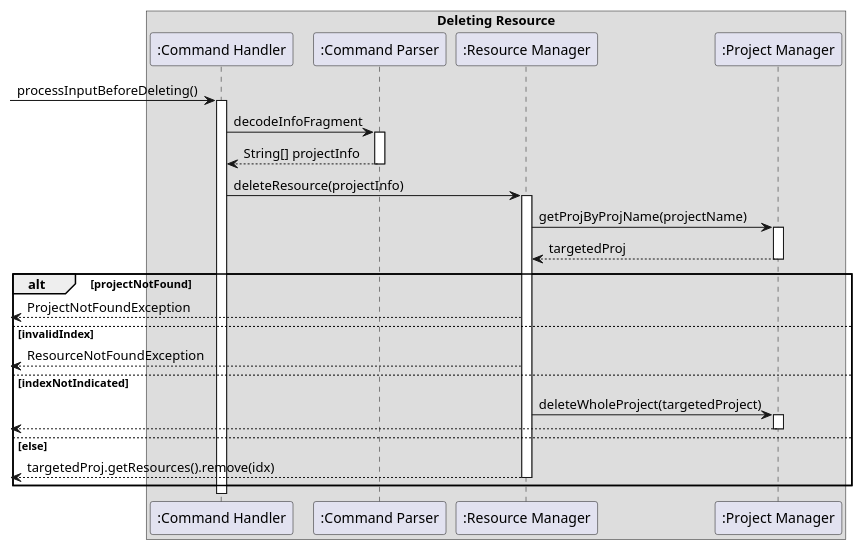
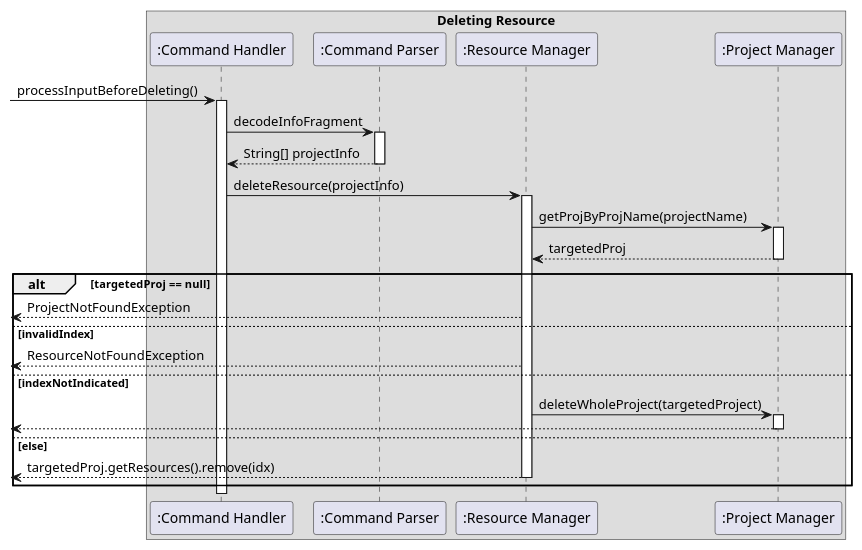
Before and after one commit to s-t-e-f/tp: the diagram in docs/PlantUML/deleteResource.puml, drawn with PlantUML. The commit also changed 4 other files, not shown here.

Commit message:
Added sequence diagram for edit.

```diff
--- a/docs/PlantUML/deleteResource.puml
+++ b/docs/PlantUML/deleteResource.puml
@@ -1,43 +1,43 @@
 @startuml
 'https://plantuml.com/sequence-diagram
 
 box Deleting Resource
 participant ":Command Handler" as CommandHandler
 participant ":Command Parser" as CommandParser
 participant ":Resource Manager" as ResourceManager
 participant ":Project Manager" as ProjectManager
 
 
 [-> CommandHandler : processInputBeforeDeleting()
 activate CommandHandler
 
 
 CommandHandler -> CommandParser: decodeInfoFragment
 activate CommandParser
 CommandHandler <-- CommandParser : String[] projectInfo
 deactivate CommandParser
 
 CommandHandler -> ResourceManager : deleteResource(projectInfo)
 activate ResourceManager
 ResourceManager -> ProjectManager : getProjByProjName(projectName)
 activate ProjectManager
 ResourceManager <-- ProjectManager : targetedProj
 deactivate ProjectManager
 
-alt projectNotFound
+alt targetedProj ==  null
     [<-- ResourceManager : ProjectNotFoundException
 else invalidIndex
     [<-- ResourceManager : ResourceNotFoundException
 else indexNotIndicated
     ResourceManager -> ProjectManager: deleteWholeProject(targetedProject)
     activate ProjectManager
     [<-- ProjectManager :
     deactivate ProjectManager
 
 else else
     [<-- ResourceManager : targetedProj.getResources().remove(idx)
     deactivate
 end
 
 
 @enduml
```
